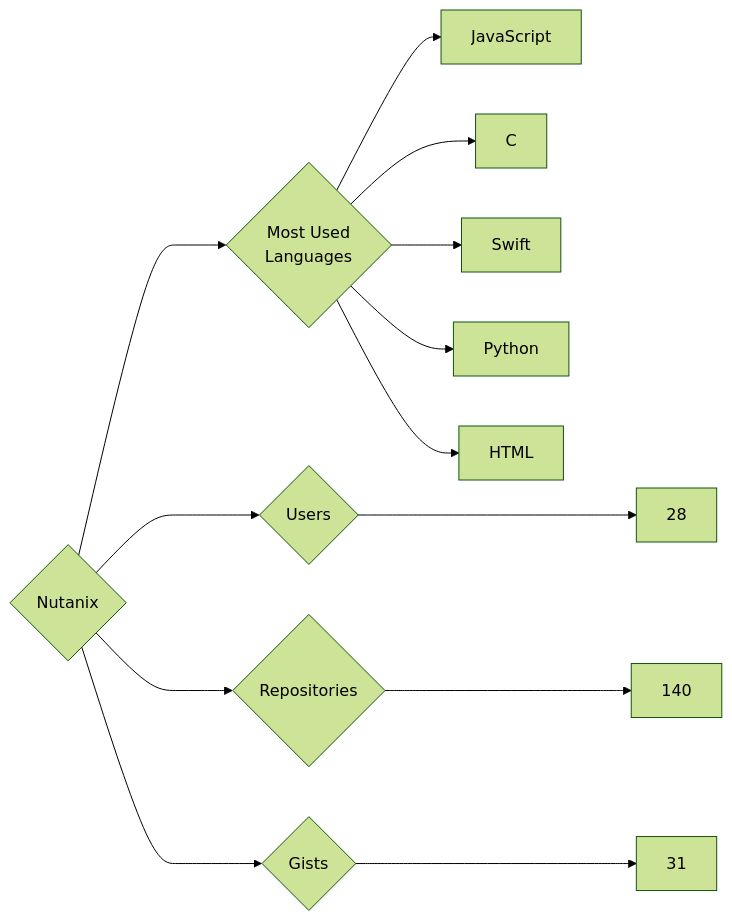
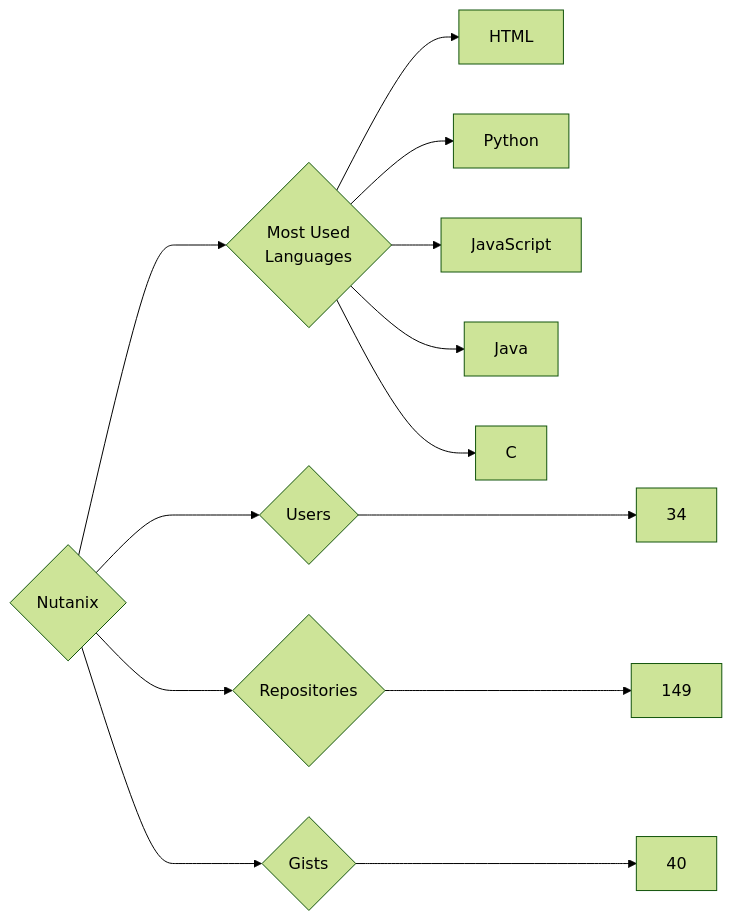
The diagram in targets/Nutanix/README.md (trickest/insiders), drawn with Mermaid (forest theme) before and after one commit. The commit also changed 953 other files, not shown here.

````diff
--- a/targets/Nutanix/README.md
+++ b/targets/Nutanix/README.md
@@ -3,13 +3,13 @@
 ```mermaid
 graph LR
 COMPANY_NAME{Nutanix}
-COMPANY_NAME ---> U{Users} ---> UN[28]
-COMPANY_NAME ---> R{Repositories} ---> RN[140]
-COMPANY_NAME ---> G{Gists} ---> GN[31]
+COMPANY_NAME ---> U{Users} ---> UN[34]
+COMPANY_NAME ---> R{Repositories} ---> RN[149]
+COMPANY_NAME ---> G{Gists} ---> GN[40]
 COMPANY_NAME ---> ML{Most Used<br>Languages}
+ML --> HTML[HTML]
+ML --> Python[Python]
 ML --> JavaScript[JavaScript]
+ML --> Java[Java]
 ML --> C[C]
-ML --> Swift[Swift]
-ML --> Python[Python]
-ML --> HTML[HTML]
 ```
````
